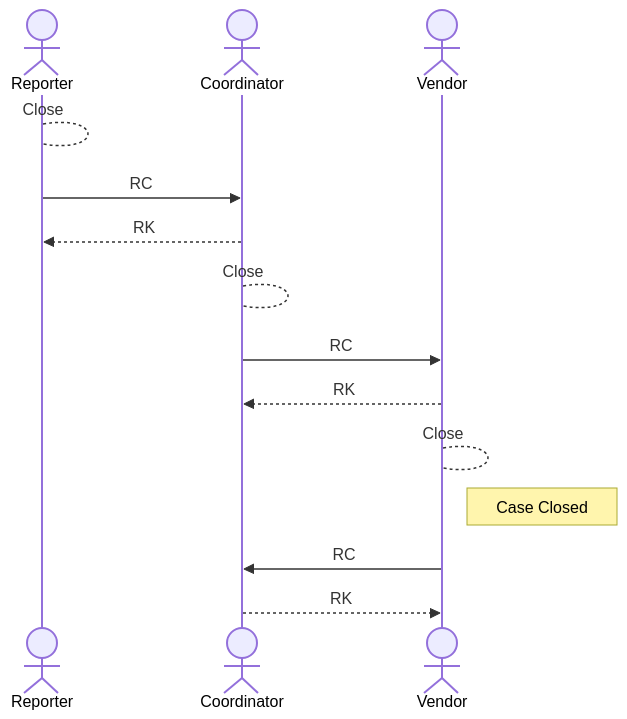
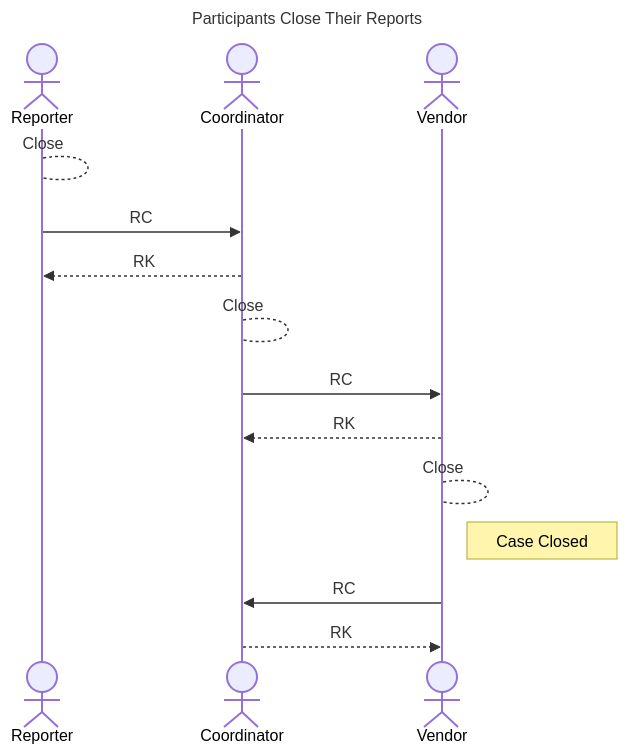
One commit to CERTCC/Vultron changed diagram 13 of 13 in docs/tutorials/worked_example.md. Above: the diagram before and after it, drawn with Mermaid. The commit also changed other lines of this file, not shown here.

First line of the commit message:
docs: add mermaid title: headers to worked_example.md diagrams

````diff
--- a/docs/tutorials/worked_example.md
+++ b/docs/tutorials/worked_example.md
@@ -364,17 +400,20 @@
 ```mermaid
+---
+title: Participants Close Their Reports
+---
 sequenceDiagram
     actor Reporter
     actor Coordinator
     actor Vendor
     
     Reporter --> Reporter: Close
     Reporter ->> Coordinator: RC
     Coordinator -->> Reporter: RK
     Coordinator --> Coordinator: Close
     Coordinator ->> Vendor: RC
     Vendor -->> Coordinator: RK
     Vendor --> Vendor: Close
     note right of Vendor: Case Closed
     Vendor ->> Coordinator: RC
     Coordinator -->> Vendor: RK
 ```
````
